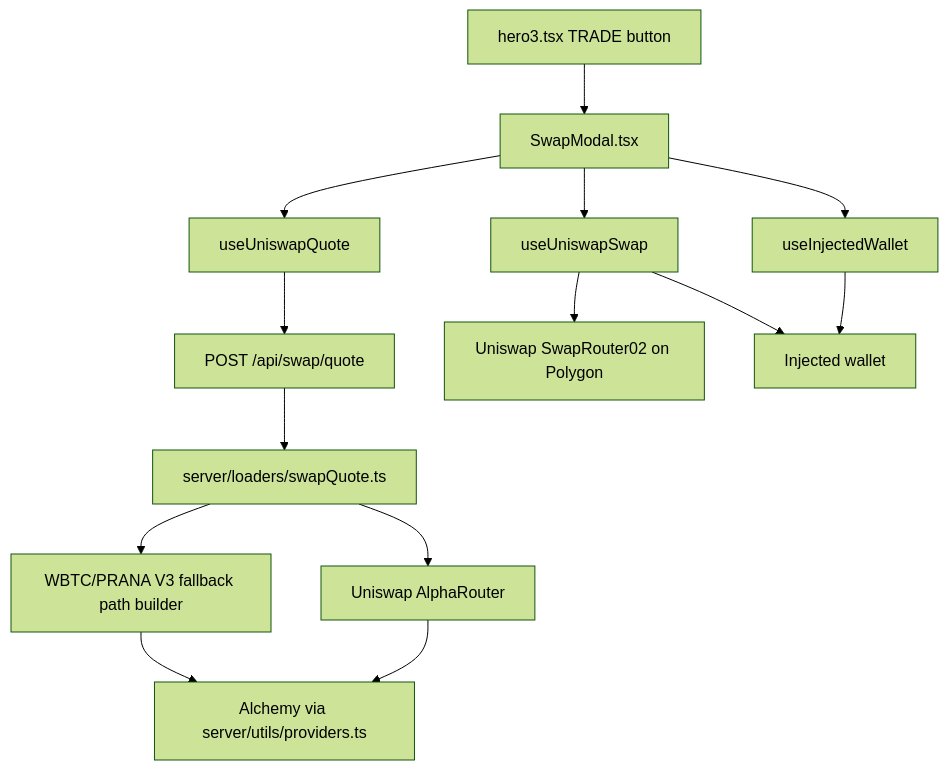
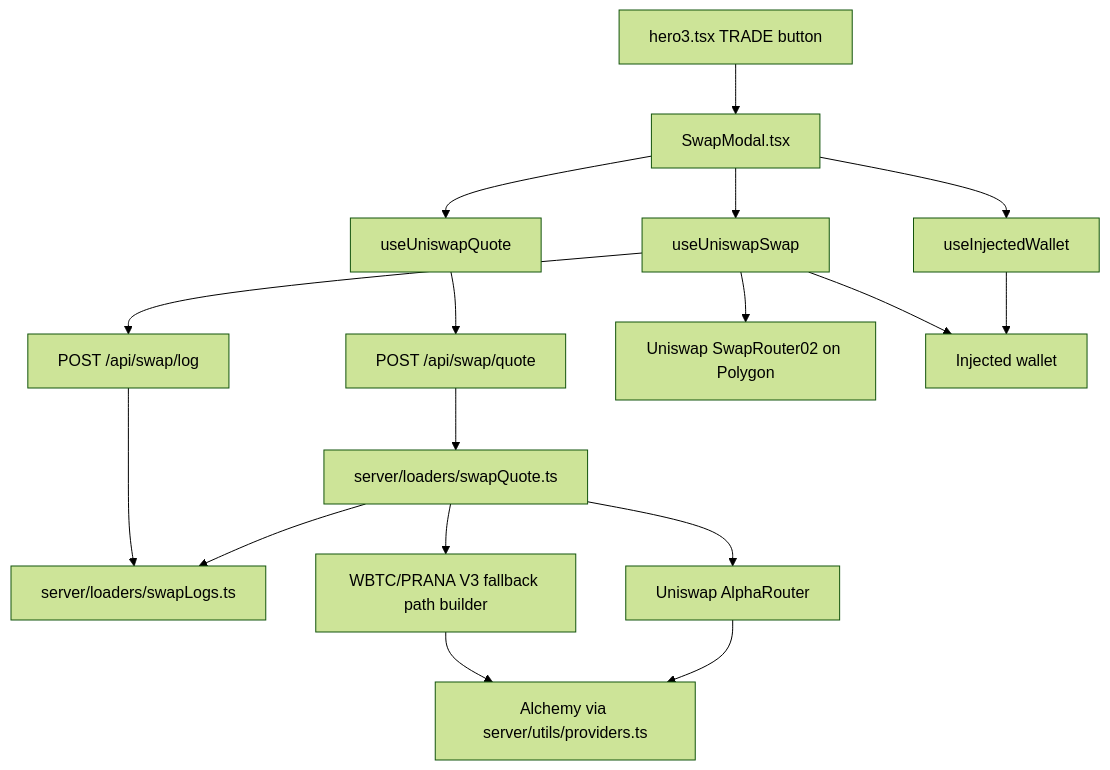
Before and after one commit to lx-production/prana-stats-revamp: the diagram in docs/swap-ui-review.md, drawn with Mermaid (forest theme). The commit also changed other lines of this file and 6 other files, not shown here.

````diff
--- a/docs/swap-ui-review.md
+++ b/docs/swap-ui-review.md
@@ -15,16 +16,19 @@
 ```mermaid
 flowchart TD
   hero["hero3.tsx TRADE button"] --> modal["SwapModal.tsx"]
   modal --> walletHook["useInjectedWallet"]
   modal --> quoteHook["useUniswapQuote"]
   modal --> swapHook["useUniswapSwap"]
   quoteHook --> api["POST /api/swap/quote"]
   api --> loader["server/loaders/swapQuote.ts"]
+  loader --> logs["server/loaders/swapLogs.ts"]
   loader --> alpha["Uniswap AlphaRouter"]
   loader --> fallback["WBTC/PRANA V3 fallback path builder"]
   alpha --> rpc["Alchemy via server/utils/providers.ts"]
   fallback --> rpc
+  swapHook --> logApi["POST /api/swap/log"]
+  logApi --> logs
   swapHook --> router["Uniswap SwapRouter02 on Polygon"]
   walletHook --> userWallet["Injected wallet"]
   swapHook --> userWallet
 ```
````
